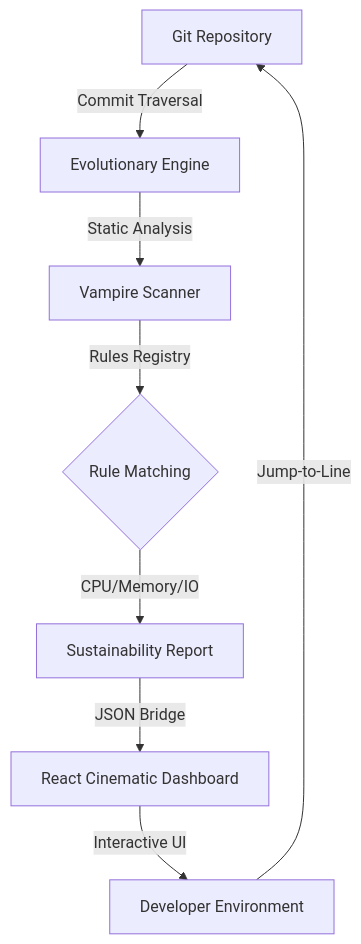
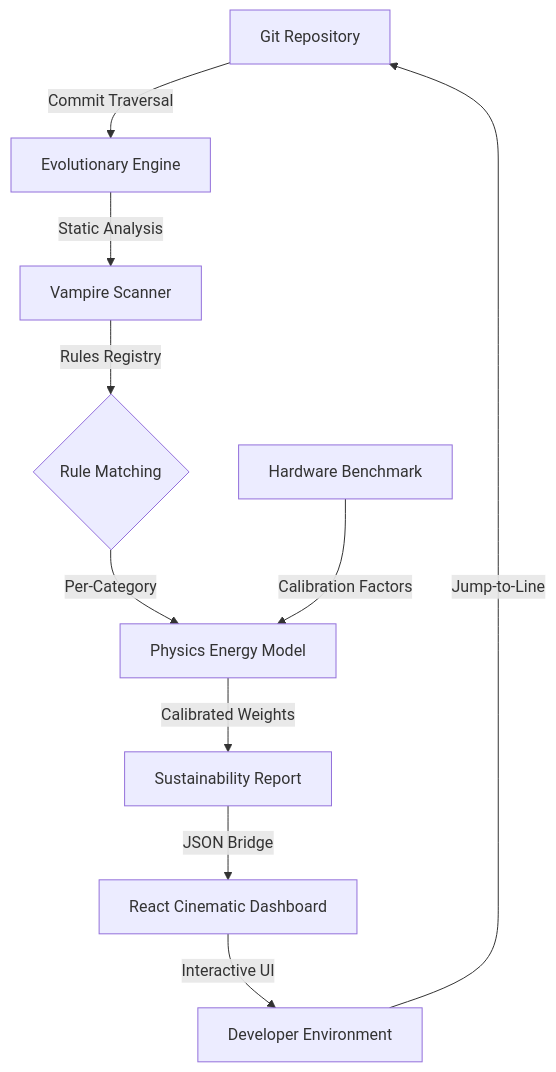
Before and after one commit to arjaviii/code-green: the diagram in README.md, drawn with Mermaid. The commit also changed other lines of this file and 25 other files, not shown here.

First line of the commit message:
Add physics-based energy model and benchmarking

````diff
--- a/README.md
+++ b/README.md
@@ -88,10 +116,12 @@
 ```mermaid
 graph TD
     A[Git Repository] -->|Commit Traversal| B[Evolutionary Engine]
     B -->|Static Analysis| C[Vampire Scanner]
     C -->|Rules Registry| D{Rule Matching}
-    D -->|CPU/Memory/IO| E[Sustainability Report]
-    E -->|JSON Bridge| F[React Cinematic Dashboard]
-    F -->|Interactive UI| G[Developer Environment]
-    G -->|Jump-to-Line| A
+    D -->|Per-Category| E[Physics Energy Model]
+    E -->|Calibrated Weights| F[Sustainability Report]
+    F -->|JSON Bridge| G[React Cinematic Dashboard]
+    G -->|Interactive UI| H[Developer Environment]
+    H -->|Jump-to-Line| A
+    I[Hardware Benchmark] -->|Calibration Factors| E
 ```
````
